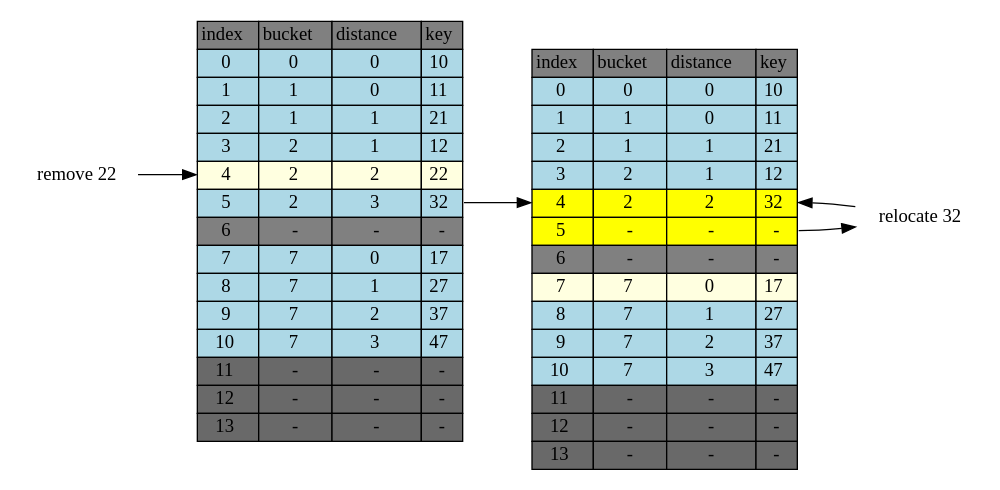
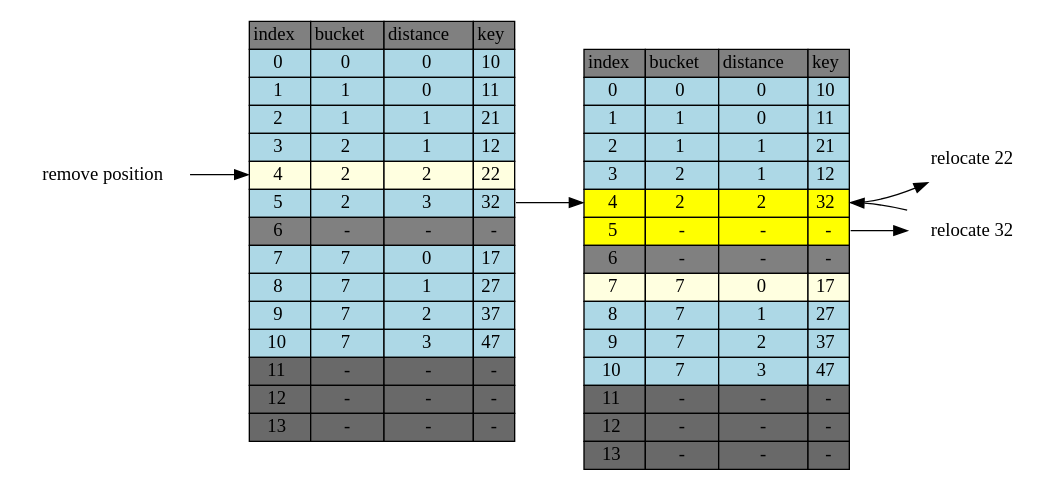
Before and after one commit to jasonlue/digest: the diagram in hashing/cluster-remove-22.dot, drawn with Graphviz. The commit also changed 5 other files, not shown here.

```diff
--- a/hashing/cluster-remove-22.dot
+++ b/hashing/cluster-remove-22.dot
@@ -1,198 +1,198 @@
 digraph table{
     rankdir=LR
     node[shape=plaintext]
 
     table[label=<
         <TABLE BORDER="0" CELLBORDER="1" CELLSPACING="0">
             <TR>
                 <TD BGCOLOR="grey">index</TD>
                 <TD BGCOLOR="grey">bucket</TD>
                 <TD BGCOLOR="grey">distance</TD>
                 <TD BGCOLOR="grey">key</TD>
             </TR>           
             <TR>
                 <TD BGCOLOR="lightblue" PORT="i0">0</TD>
                 <TD BGCOLOR="lightblue">0</TD>
                 <TD BGCOLOR="lightblue">0</TD>
                 <TD BGCOLOR="lightblue" PORT="k0">10</TD>
             </TR>           
             <TR>
                 <TD BGCOLOR="lightblue" PORT="i1">1</TD>
                 <TD BGCOLOR="lightblue">1</TD>
                 <TD BGCOLOR="lightblue">0</TD>
                 <TD BGCOLOR="lightblue" PORT="k1">11</TD>
             </TR>           
             <TR>
                 <TD BGCOLOR="lightblue" PORT="i2">2</TD>
                 <TD BGCOLOR="lightblue">1</TD>
                 <TD BGCOLOR="lightblue">1</TD>
                 <TD BGCOLOR="lightblue" PORT="k2">21</TD>
             </TR>           
             <TR>
                 <TD BGCOLOR="lightblue" PORT="i3">3</TD>
                 <TD BGCOLOR="lightblue">2</TD>
                 <TD BGCOLOR="lightblue">1</TD>
                 <TD BGCOLOR="lightblue" PORT="k3">12</TD>
             </TR>           
             <TR>
                 <TD BGCOLOR="lightyellow" PORT="i4">4</TD>
                 <TD BGCOLOR="lightyellow">2</TD>
                 <TD BGCOLOR="lightyellow">2</TD>
                 <TD BGCOLOR="lightyellow" PORT="k4">22</TD>
             </TR>           
             <TR>
                 <TD BGCOLOR="lightblue" PORT="i5">5</TD>
                 <TD BGCOLOR="lightblue">2</TD>
                 <TD BGCOLOR="lightblue">3</TD>
                 <TD BGCOLOR="lightblue" PORT="k5">32</TD>
             </TR>
             <TR>
                 <TD BGCOLOR="grey" PORT="i6">6</TD>
                 <TD BGCOLOR="grey">-</TD>
                 <TD BGCOLOR="grey">-</TD>
                 <TD BGCOLOR="grey" PORT="k6">-</TD> 
             </TR>           
             <TR>
                 <TD BGCOLOR="lightblue" PORT="i7">7</TD>
                 <TD BGCOLOR="lightblue">7</TD>
                 <TD BGCOLOR="lightblue">0</TD>
                 <TD BGCOLOR="lightblue" PORT="k7">17</TD>
             </TR>           
             <TR>
                 <TD BGCOLOR="lightblue" PORT="i8">8</TD>
                 <TD BGCOLOR="lightblue">7</TD>
                 <TD BGCOLOR="lightblue">1</TD>
                 <TD BGCOLOR="lightblue" PORT="k8">27</TD>
             </TR>           
             <TR>
                 <TD BGCOLOR="lightblue" PORT="i9">9</TD>
                 <TD BGCOLOR="lightblue">7</TD>
                 <TD BGCOLOR="lightblue">2</TD>
                 <TD BGCOLOR="lightblue" PORT="k9">37</TD>
             </TR>           
             <TR>
                 <TD BGCOLOR="lightblue" PORT="i10">10</TD>
                 <TD BGCOLOR="lightblue">7</TD>
                 <TD BGCOLOR="lightblue">3</TD>
                 <TD BGCOLOR="lightblue" PORT="k10">47</TD>
             </TR>           
             <TR>
                 <TD BGCOLOR="dimgrey" PORT="i11">11</TD>
                 <TD BGCOLOR="dimgrey">-</TD>
                 <TD BGCOLOR="dimgrey">-</TD>
                 <TD BGCOLOR="dimgrey" PORT="k11">-</TD>
             </TR>           
             <TR>
                 <TD BGCOLOR="dimgrey" PORT="i12">12</TD>
                 <TD BGCOLOR="dimgrey">-</TD>
                 <TD BGCOLOR="dimgrey">-</TD>
                 <TD BGCOLOR="dimgrey" PORT="k12">-</TD>
             </TR>           
             <TR>
                 <TD BGCOLOR="dimgrey" PORT="i13">13</TD>
                 <TD BGCOLOR="dimgrey">-</TD>
                 <TD BGCOLOR="dimgrey">-</TD>
                 <TD BGCOLOR="dimgrey" PORT="k13">-</TD>
             </TR>           
         </TABLE>
     >]
      table2[label=<
         <TABLE BORDER="0" CELLBORDER="1" CELLSPACING="0">
             <TR>
                 <TD BGCOLOR="grey">index</TD>
                 <TD BGCOLOR="grey">bucket</TD>
                 <TD BGCOLOR="grey">distance</TD>
                 <TD BGCOLOR="grey">key</TD>
             </TR>           
             <TR>
                 <TD BGCOLOR="lightblue" PORT="i0">0</TD>
                 <TD BGCOLOR="lightblue">0</TD>
                 <TD BGCOLOR="lightblue">0</TD>
                 <TD BGCOLOR="lightblue" PORT="k0">10</TD>
             </TR>           
             <TR>
                 <TD BGCOLOR="lightblue" PORT="i1">1</TD>
                 <TD BGCOLOR="lightblue">1</TD>
                 <TD BGCOLOR="lightblue">0</TD>
                 <TD BGCOLOR="lightblue" PORT="k1">11</TD>
             </TR>           
             <TR>
                 <TD BGCOLOR="lightblue" PORT="i2">2</TD>
                 <TD BGCOLOR="lightblue">1</TD>
                 <TD BGCOLOR="lightblue">1</TD>
                 <TD BGCOLOR="lightblue" PORT="k2">21</TD>
             </TR>           
             <TR>
                 <TD BGCOLOR="lightblue" PORT="i3">3</TD>
                 <TD BGCOLOR="lightblue">2</TD>
                 <TD BGCOLOR="lightblue">1</TD>
                 <TD BGCOLOR="lightblue" PORT="k3">12</TD>
             </TR>           
             <TR>
                 <TD BGCOLOR="yellow" PORT="i4">4</TD>
                 <TD BGCOLOR="yellow">2</TD>
                 <TD BGCOLOR="yellow">2</TD>
                 <TD BGCOLOR="yellow" PORT="k4">32</TD>
             </TR>           
             <TR>
                 <TD BGCOLOR="yellow" PORT="i5">5</TD>
                 <TD BGCOLOR="yellow">-</TD>
                 <TD BGCOLOR="yellow">-</TD>
                 <TD BGCOLOR="yellow" PORT="k5">-</TD>
             </TR>
             <TR>
                 <TD BGCOLOR="grey" PORT="i6">6</TD>
                 <TD BGCOLOR="grey">-</TD>
                 <TD BGCOLOR="grey">-</TD>
                 <TD BGCOLOR="grey" PORT="k6">-</TD> 
             </TR>           
             <TR>
                 <TD BGCOLOR="lightyellow" PORT="i7">7</TD>
                 <TD BGCOLOR="lightyellow">7</TD>
                 <TD BGCOLOR="lightyellow">0</TD>
                 <TD BGCOLOR="lightyellow" PORT="k7">17</TD>
             </TR>           
             <TR>
                 <TD BGCOLOR="lightblue" PORT="i8">8</TD>
                 <TD BGCOLOR="lightblue">7</TD>
                 <TD BGCOLOR="lightblue">1</TD>
                 <TD BGCOLOR="lightblue" PORT="k8">27</TD>
             </TR>           
             <TR>
                 <TD BGCOLOR="lightblue" PORT="i9">9</TD>
                 <TD BGCOLOR="lightblue">7</TD>
                 <TD BGCOLOR="lightblue">2</TD>
                 <TD BGCOLOR="lightblue" PORT="k9">37</TD>
             </TR>           
             <TR>
                 <TD BGCOLOR="lightblue" PORT="i10">10</TD>
                 <TD BGCOLOR="lightblue">7</TD>
                 <TD BGCOLOR="lightblue">3</TD>
                 <TD BGCOLOR="lightblue" PORT="k10">47</TD>
             </TR>           
             <TR>
                 <TD BGCOLOR="dimgrey" PORT="i11">11</TD>
                 <TD BGCOLOR="dimgrey">-</TD>
                 <TD BGCOLOR="dimgrey">-</TD>
                 <TD BGCOLOR="dimgrey" PORT="k11">-</TD>
             </TR>           
             <TR>
                 <TD BGCOLOR="dimgrey" PORT="i12">12</TD>
                 <TD BGCOLOR="dimgrey">-</TD>
                 <TD BGCOLOR="dimgrey">-</TD>
                 <TD BGCOLOR="dimgrey" PORT="k12">-</TD>
             </TR>           
             <TR>
                 <TD BGCOLOR="dimgrey" PORT="i13">13</TD>
                 <TD BGCOLOR="dimgrey">-</TD>
                 <TD BGCOLOR="dimgrey">-</TD>
                 <TD BGCOLOR="dimgrey" PORT="k13">-</TD>
             </TR>           
         </TABLE>
     >]
 
- "remove 22" -> table:i4
- table:k5->table2:i4
- table2:k5->"relocate 32"->table2:k4
- 
+    "remove position" -> table:i4
+    table:k5->table2:i4
+    table2:k4->"relocate 22"
+    table2:k5->"relocate 32"->table2:k4 
 }
```
